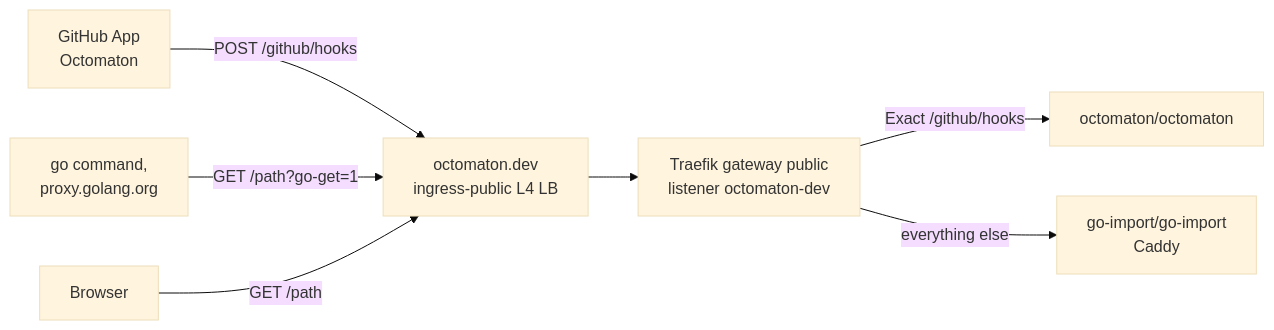
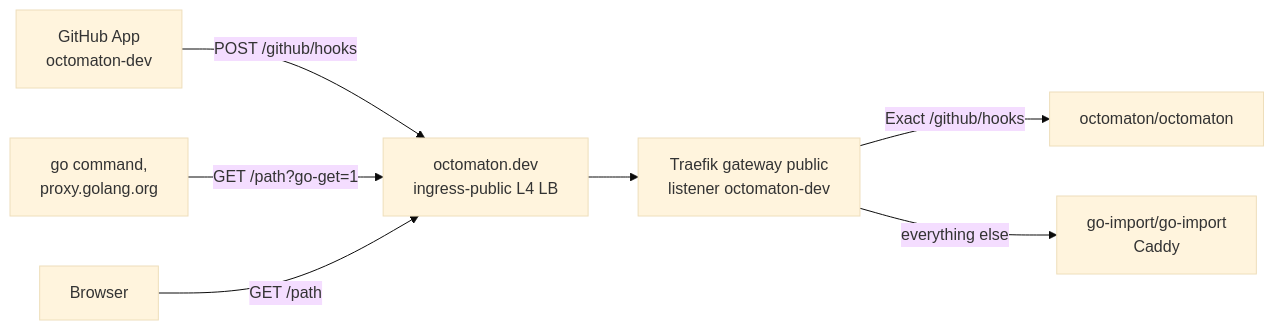
The first of 2 diagrams in docs/octomaton/designs/octomaton-dev.md (arikkfir-org/octomaton), drawn with Mermaid (base theme) before and after one commit. The commit also changed other lines of this file and 8 other files, not shown here.

First line of the commit message:
docs(octomaton): document the hub's App and deployment in our pages

````diff
--- a/docs/octomaton/designs/octomaton-dev.md
+++ b/docs/octomaton/designs/octomaton-dev.md
@@ -10,9 +26,9 @@
 ```mermaid
 flowchart LR
-  GH["GitHub App<br/>Octomaton"] -->|"POST /github/hooks"| LB
+  GH["GitHub App<br/>octomaton-dev"] -->|"POST /github/hooks"| LB
   GO["go command,<br/>proxy.golang.org"] -->|"GET /path?go-get=1"| LB
   BR["Browser"] -->|"GET /path"| LB
   LB["octomaton.dev<br/>ingress-public L4 LB"] --> GW["Traefik gateway public<br/>listener octomaton-dev"]
   GW -->|"Exact /github/hooks"| OC["octomaton/octomaton"]
   GW -->|"everything else"| GI["go-import/go-import<br/>Caddy"]
 ```
````
